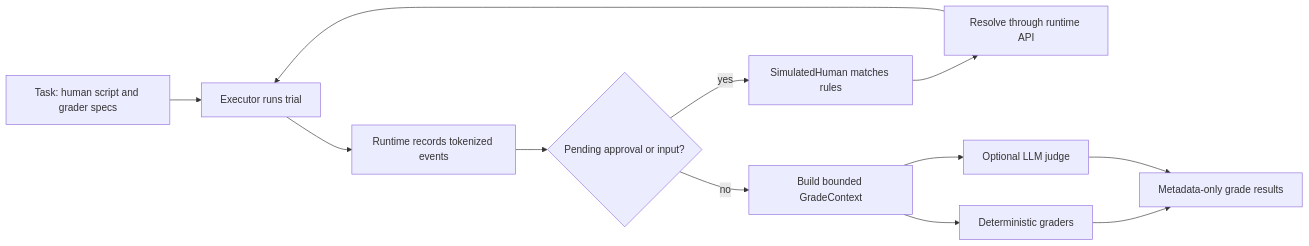
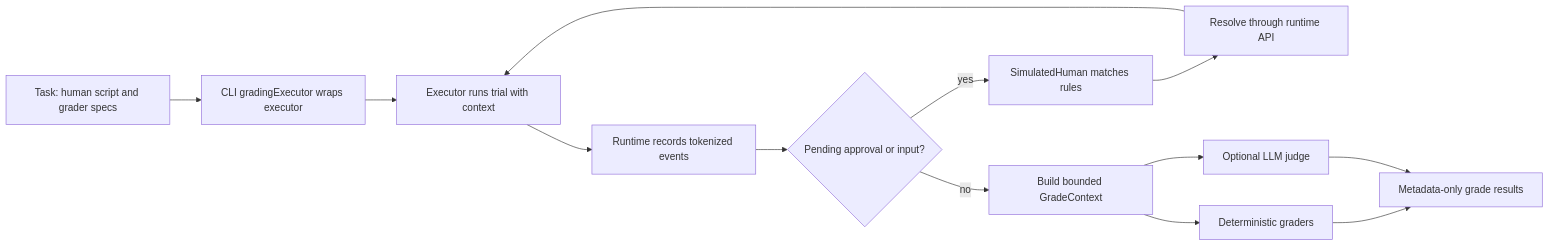
The third of 3 diagrams in packages/eval/README.md (Rovinos-AI/rovinos-ai-harness), drawn with Mermaid before and after one commit. The commit also changed other lines of this file, not shown here.

Commit message:
docs(eval): clarify grading flow

````diff
--- a/packages/eval/README.md
+++ b/packages/eval/README.md
@@ -80,14 +85,15 @@
 ```mermaid
 flowchart LR
-    A["Task: human script and grader specs"] --> B["Executor runs trial"]
-    B --> C["Runtime records tokenized events"]
-    C --> D{"Pending approval or input?"}
-    D -->|yes| E["SimulatedHuman matches rules"]
-    E --> F["Resolve through runtime API"]
-    F --> B
-    D -->|no| G["Build bounded GradeContext"]
-    G --> H["Deterministic graders"]
-    G --> I["Optional LLM judge"]
-    H --> J["Metadata-only grade results"]
-    I --> J
+    A["Task: human script and grader specs"] --> B["CLI gradingExecutor wraps executor"]
+    B --> C["Executor runs trial with context"]
+    C --> D["Runtime records tokenized events"]
+    D --> E{"Pending approval or input?"}
+    E -->|yes| F["SimulatedHuman matches rules"]
+    F --> G["Resolve through runtime API"]
+    G --> C
+    E -->|no| H["Build bounded GradeContext"]
+    H --> I["Deterministic graders"]
+    H --> J["Optional LLM judge"]
+    I --> K["Metadata-only grade results"]
+    J --> K
 ```
````
